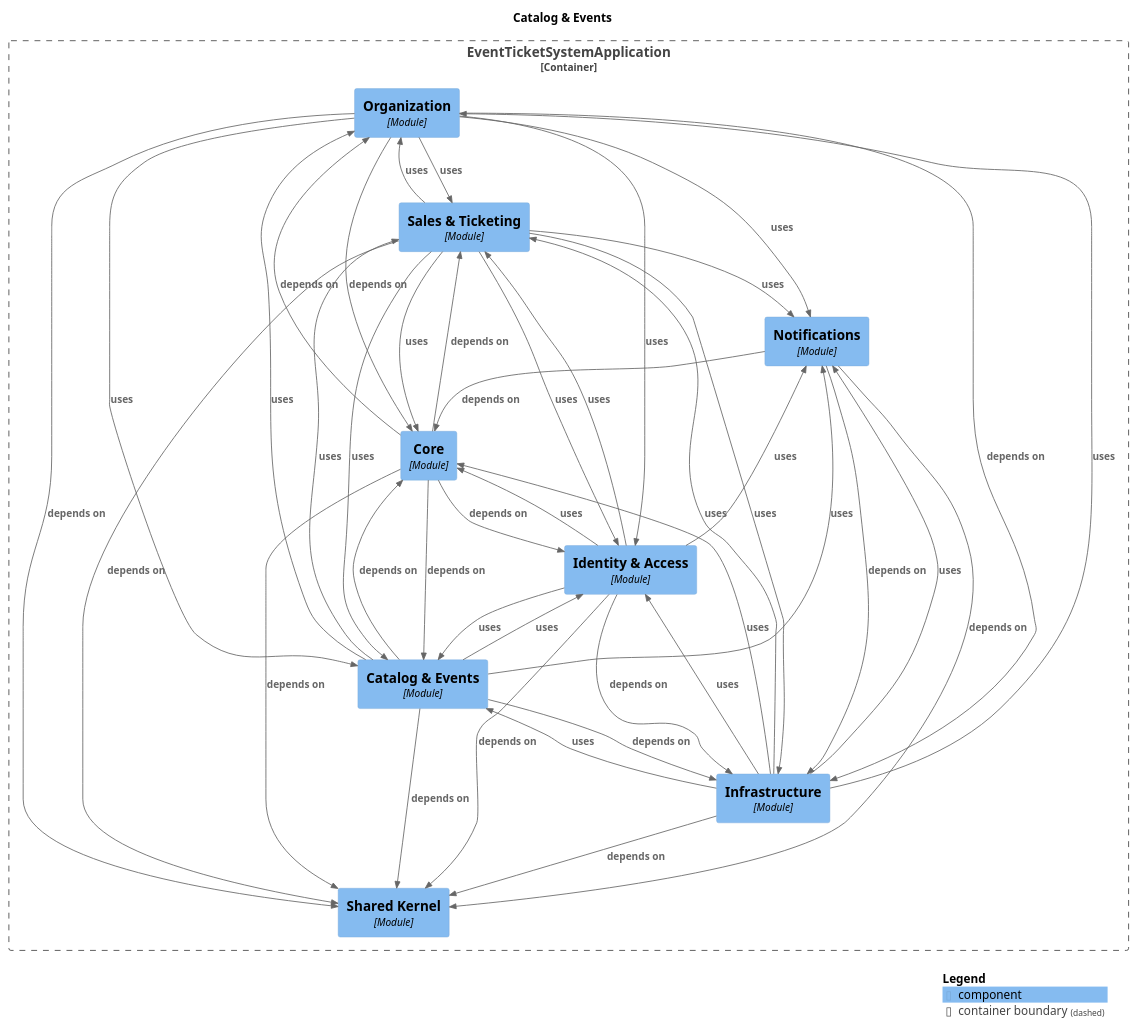
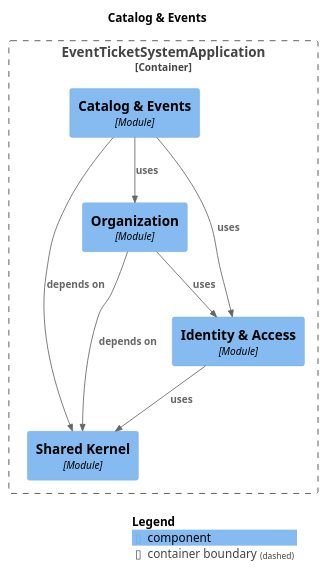
Before and after one commit to NaimElijah/Ticketeer: the diagram in docs/architecture/module-catalog.puml, drawn with PlantUML. The commit also changed 566 other files, not shown here.

```diff
--- a/docs/architecture/module-catalog.puml
+++ b/docs/architecture/module-catalog.puml
@@ -1,66 +1,26 @@
 @startuml
 set separator none
 title Catalog & Events
 
 top to bottom direction
 
 !include <C4/C4>
 !include <C4/C4_Context>
 !include <C4/C4_Component>
 
 Container_Boundary("EventTicketSystemApplication.EventTicketSystemApplication_boundary", "EventTicketSystemApplication", $tags="") {
+  Component(EventTicketSystemApplication.EventTicketSystemApplication.SharedKernel, "Shared Kernel", $techn="Module", $descr="", $tags="", $link="")
+  Component(EventTicketSystemApplication.EventTicketSystemApplication.IdentityAccess, "Identity & Access", $techn="Module", $descr="", $tags="", $link="")
   Component(EventTicketSystemApplication.EventTicketSystemApplication.Organization, "Organization", $techn="Module", $descr="", $tags="", $link="")
-  Component(EventTicketSystemApplication.EventTicketSystemApplication.SalesTicketing, "Sales & Ticketing", $techn="Module", $descr="", $tags="", $link="")
-  Component(EventTicketSystemApplication.EventTicketSystemApplication.SharedKernel, "Shared Kernel", $techn="Module", $descr="", $tags="", $link="")
-  Component(EventTicketSystemApplication.EventTicketSystemApplication.Core, "Core", $techn="Module", $descr="", $tags="", $link="")
-  Component(EventTicketSystemApplication.EventTicketSystemApplication.Infrastructure, "Infrastructure", $techn="Module", $descr="", $tags="", $link="")
   Component(EventTicketSystemApplication.EventTicketSystemApplication.CatalogEvents, "Catalog & Events", $techn="Module", $descr="", $tags="", $link="")
-  Component(EventTicketSystemApplication.EventTicketSystemApplication.IdentityAccess, "Identity & Access", $techn="Module", $descr="", $tags="", $link="")
-  Component(EventTicketSystemApplication.EventTicketSystemApplication.Notifications, "Notifications", $techn="Module", $descr="", $tags="", $link="")
 }
 
-Rel(EventTicketSystemApplication.EventTicketSystemApplication.SalesTicketing, EventTicketSystemApplication.EventTicketSystemApplication.CatalogEvents, "uses", $techn="", $tags="", $link="")
-Rel(EventTicketSystemApplication.EventTicketSystemApplication.SalesTicketing, EventTicketSystemApplication.EventTicketSystemApplication.Notifications, "uses", $techn="", $tags="", $link="")
-Rel(EventTicketSystemApplication.EventTicketSystemApplication.SalesTicketing, EventTicketSystemApplication.EventTicketSystemApplication.IdentityAccess, "uses", $techn="", $tags="", $link="")
-Rel(EventTicketSystemApplication.EventTicketSystemApplication.SalesTicketing, EventTicketSystemApplication.EventTicketSystemApplication.Organization, "uses", $techn="", $tags="", $link="")
-Rel(EventTicketSystemApplication.EventTicketSystemApplication.SalesTicketing, EventTicketSystemApplication.EventTicketSystemApplication.Core, "uses", $techn="", $tags="", $link="")
-Rel(EventTicketSystemApplication.EventTicketSystemApplication.IdentityAccess, EventTicketSystemApplication.EventTicketSystemApplication.SharedKernel, "depends on", $techn="", $tags="", $link="")
-Rel(EventTicketSystemApplication.EventTicketSystemApplication.IdentityAccess, EventTicketSystemApplication.EventTicketSystemApplication.Infrastructure, "depends on", $techn="", $tags="", $link="")
-Rel(EventTicketSystemApplication.EventTicketSystemApplication.IdentityAccess, EventTicketSystemApplication.EventTicketSystemApplication.SalesTicketing, "uses", $techn="", $tags="", $link="")
-Rel(EventTicketSystemApplication.EventTicketSystemApplication.IdentityAccess, EventTicketSystemApplication.EventTicketSystemApplication.Notifications, "uses", $techn="", $tags="", $link="")
-Rel(EventTicketSystemApplication.EventTicketSystemApplication.IdentityAccess, EventTicketSystemApplication.EventTicketSystemApplication.Core, "uses", $techn="", $tags="", $link="")
-Rel(EventTicketSystemApplication.EventTicketSystemApplication.IdentityAccess, EventTicketSystemApplication.EventTicketSystemApplication.CatalogEvents, "uses", $techn="", $tags="", $link="")
-Rel(EventTicketSystemApplication.EventTicketSystemApplication.Organization, EventTicketSystemApplication.EventTicketSystemApplication.SharedKernel, "depends on", $techn="", $tags="", $link="")
-Rel(EventTicketSystemApplication.EventTicketSystemApplication.Organization, EventTicketSystemApplication.EventTicketSystemApplication.Infrastructure, "depends on", $techn="", $tags="", $link="")
-Rel(EventTicketSystemApplication.EventTicketSystemApplication.Organization, EventTicketSystemApplication.EventTicketSystemApplication.Core, "depends on", $techn="", $tags="", $link="")
-Rel(EventTicketSystemApplication.EventTicketSystemApplication.Organization, EventTicketSystemApplication.EventTicketSystemApplication.CatalogEvents, "uses", $techn="", $tags="", $link="")
-Rel(EventTicketSystemApplication.EventTicketSystemApplication.Organization, EventTicketSystemApplication.EventTicketSystemApplication.SalesTicketing, "uses", $techn="", $tags="", $link="")
-Rel(EventTicketSystemApplication.EventTicketSystemApplication.Organization, EventTicketSystemApplication.EventTicketSystemApplication.IdentityAccess, "uses", $techn="", $tags="", $link="")
-Rel(EventTicketSystemApplication.EventTicketSystemApplication.Organization, EventTicketSystemApplication.EventTicketSystemApplication.Notifications, "uses", $techn="", $tags="", $link="")
-Rel(EventTicketSystemApplication.EventTicketSystemApplication.Core, EventTicketSystemApplication.EventTicketSystemApplication.CatalogEvents, "depends on", $techn="", $tags="", $link="")
-Rel(EventTicketSystemApplication.EventTicketSystemApplication.Core, EventTicketSystemApplication.EventTicketSystemApplication.SalesTicketing, "depends on", $techn="", $tags="", $link="")
-Rel(EventTicketSystemApplication.EventTicketSystemApplication.Core, EventTicketSystemApplication.EventTicketSystemApplication.Organization, "depends on", $techn="", $tags="", $link="")
-Rel(EventTicketSystemApplication.EventTicketSystemApplication.Core, EventTicketSystemApplication.EventTicketSystemApplication.IdentityAccess, "depends on", $techn="", $tags="", $link="")
-Rel(EventTicketSystemApplication.EventTicketSystemApplication.Core, EventTicketSystemApplication.EventTicketSystemApplication.SharedKernel, "depends on", $techn="", $tags="", $link="")
-Rel(EventTicketSystemApplication.EventTicketSystemApplication.Notifications, EventTicketSystemApplication.EventTicketSystemApplication.Infrastructure, "depends on", $techn="", $tags="", $link="")
-Rel(EventTicketSystemApplication.EventTicketSystemApplication.Notifications, EventTicketSystemApplication.EventTicketSystemApplication.SharedKernel, "depends on", $techn="", $tags="", $link="")
-Rel(EventTicketSystemApplication.EventTicketSystemApplication.Notifications, EventTicketSystemApplication.EventTicketSystemApplication.Core, "depends on", $techn="", $tags="", $link="")
-Rel(EventTicketSystemApplication.EventTicketSystemApplication.CatalogEvents, EventTicketSystemApplication.EventTicketSystemApplication.Core, "depends on", $techn="", $tags="", $link="")
 Rel(EventTicketSystemApplication.EventTicketSystemApplication.CatalogEvents, EventTicketSystemApplication.EventTicketSystemApplication.SharedKernel, "depends on", $techn="", $tags="", $link="")
-Rel(EventTicketSystemApplication.EventTicketSystemApplication.CatalogEvents, EventTicketSystemApplication.EventTicketSystemApplication.Infrastructure, "depends on", $techn="", $tags="", $link="")
 Rel(EventTicketSystemApplication.EventTicketSystemApplication.CatalogEvents, EventTicketSystemApplication.EventTicketSystemApplication.IdentityAccess, "uses", $techn="", $tags="", $link="")
 Rel(EventTicketSystemApplication.EventTicketSystemApplication.CatalogEvents, EventTicketSystemApplication.EventTicketSystemApplication.Organization, "uses", $techn="", $tags="", $link="")
-Rel(EventTicketSystemApplication.EventTicketSystemApplication.CatalogEvents, EventTicketSystemApplication.EventTicketSystemApplication.SalesTicketing, "uses", $techn="", $tags="", $link="")
-Rel(EventTicketSystemApplication.EventTicketSystemApplication.CatalogEvents, EventTicketSystemApplication.EventTicketSystemApplication.Notifications, "uses", $techn="", $tags="", $link="")
-Rel(EventTicketSystemApplication.EventTicketSystemApplication.Infrastructure, EventTicketSystemApplication.EventTicketSystemApplication.SharedKernel, "depends on", $techn="", $tags="", $link="")
-Rel(EventTicketSystemApplication.EventTicketSystemApplication.Infrastructure, EventTicketSystemApplication.EventTicketSystemApplication.SalesTicketing, "uses", $techn="", $tags="", $link="")
-Rel(EventTicketSystemApplication.EventTicketSystemApplication.Infrastructure, EventTicketSystemApplication.EventTicketSystemApplication.CatalogEvents, "uses", $techn="", $tags="", $link="")
-Rel(EventTicketSystemApplication.EventTicketSystemApplication.Infrastructure, EventTicketSystemApplication.EventTicketSystemApplication.Organization, "uses", $techn="", $tags="", $link="")
-Rel(EventTicketSystemApplication.EventTicketSystemApplication.Infrastructure, EventTicketSystemApplication.EventTicketSystemApplication.Notifications, "uses", $techn="", $tags="", $link="")
-Rel(EventTicketSystemApplication.EventTicketSystemApplication.Infrastructure, EventTicketSystemApplication.EventTicketSystemApplication.IdentityAccess, "uses", $techn="", $tags="", $link="")
-Rel(EventTicketSystemApplication.EventTicketSystemApplication.Infrastructure, EventTicketSystemApplication.EventTicketSystemApplication.Core, "uses", $techn="", $tags="", $link="")
-Rel(EventTicketSystemApplication.EventTicketSystemApplication.SalesTicketing, EventTicketSystemApplication.EventTicketSystemApplication.SharedKernel, "depends on", $techn="", $tags="", $link="")
-Rel(EventTicketSystemApplication.EventTicketSystemApplication.SalesTicketing, EventTicketSystemApplication.EventTicketSystemApplication.Infrastructure, "uses", $techn="", $tags="", $link="")
+Rel(EventTicketSystemApplication.EventTicketSystemApplication.IdentityAccess, EventTicketSystemApplication.EventTicketSystemApplication.SharedKernel, "uses", $techn="", $tags="", $link="")
+Rel(EventTicketSystemApplication.EventTicketSystemApplication.Organization, EventTicketSystemApplication.EventTicketSystemApplication.SharedKernel, "depends on", $techn="", $tags="", $link="")
+Rel(EventTicketSystemApplication.EventTicketSystemApplication.Organization, EventTicketSystemApplication.EventTicketSystemApplication.IdentityAccess, "uses", $techn="", $tags="", $link="")
 
 SHOW_LEGEND(true)
 @enduml
```
